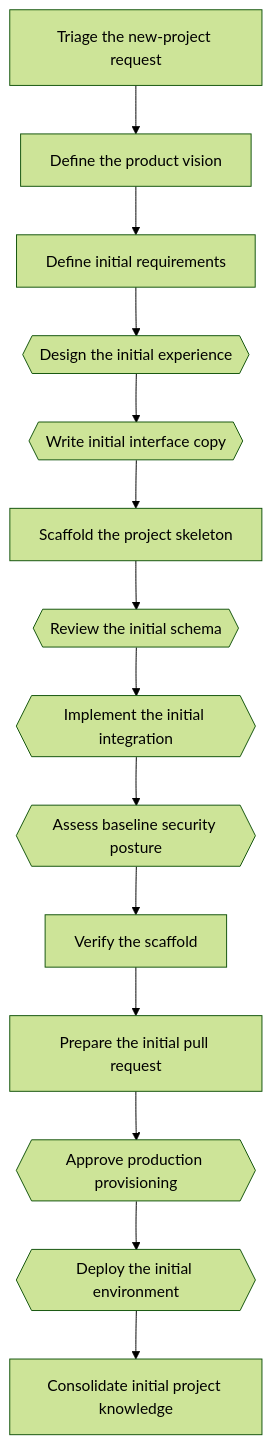
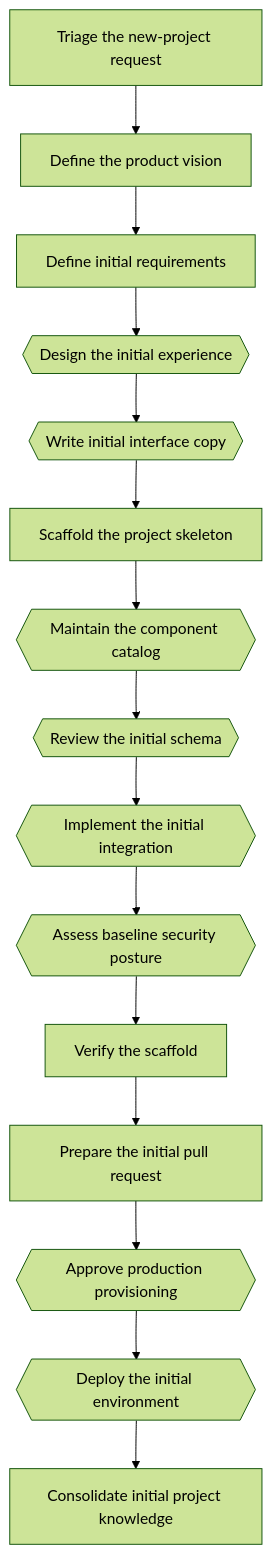
Before and after one commit to xavitoro/guild: the diagram in .guild/core/workflows/create-new-project/workflow.md, drawn with Mermaid (forest theme). The commit also changed other lines of this file and 12 other files, not shown here.

First line of the commit message:
feat: add component-catalog skill and workflow steps for Ranger

````diff
--- a/.guild/core/workflows/create-new-project/workflow.md
+++ b/.guild/core/workflows/create-new-project/workflow.md
@@ -17,30 +17,32 @@
 ```mermaid
 flowchart TD
     new-project-01-triage["Triage the new-project request"]
     new-project-02-define-vision["Define the product vision"]
     new-project-03-define-requirements["Define initial requirements"]
     new-project-04-design-experience{{"Design the initial experience"}}
     new-project-05-write-copy{{"Write initial interface copy"}}
     new-project-06-scaffold-project["Scaffold the project skeleton"]
-    new-project-07-review-schema{{"Review the initial schema"}}
-    new-project-08-implement-integration{{"Implement the initial integration"}}
-    new-project-09-baseline-threat-model{{"Assess baseline security posture"}}
-    new-project-10-regression-review["Verify the scaffold"]
-    new-project-11-prepare-pull-request["Prepare the initial pull request"]
-    new-project-12-human-approval-provision{{"Approve production provisioning"}}
-    new-project-13-initial-deployment{{"Deploy the initial environment"}}
-    new-project-14-consolidate-knowledge["Consolidate initial project knowledge"]
+    new-project-07-maintain-component-catalog{{"Maintain the component catalog"}}
+    new-project-08-review-schema{{"Review the initial schema"}}
+    new-project-09-implement-integration{{"Implement the initial integration"}}
+    new-project-10-baseline-threat-model{{"Assess baseline security posture"}}
+    new-project-11-regression-review["Verify the scaffold"]
+    new-project-12-prepare-pull-request["Prepare the initial pull request"]
+    new-project-13-human-approval-provision{{"Approve production provisioning"}}
+    new-project-14-initial-deployment{{"Deploy the initial environment"}}
+    new-project-15-consolidate-knowledge["Consolidate initial project knowledge"]
     new-project-01-triage --> new-project-02-define-vision
     new-project-02-define-vision --> new-project-03-define-requirements
     new-project-03-define-requirements --> new-project-04-design-experience
     new-project-04-design-experience --> new-project-05-write-copy
     new-project-05-write-copy --> new-project-06-scaffold-project
-    new-project-06-scaffold-project --> new-project-07-review-schema
-    new-project-07-review-schema --> new-project-08-implement-integration
-    new-project-08-implement-integration --> new-project-09-baseline-threat-model
-    new-project-09-baseline-threat-model --> new-project-10-regression-review
-    new-project-10-regression-review --> new-project-11-prepare-pull-request
-    new-project-11-prepare-pull-request --> new-project-12-human-approval-provision
-    new-project-12-human-approval-provision --> new-project-13-initial-deployment
-    new-project-13-initial-deployment --> new-project-14-consolidate-knowledge
+    new-project-06-scaffold-project --> new-project-07-maintain-component-catalog
+    new-project-07-maintain-component-catalog --> new-project-08-review-schema
+    new-project-08-review-schema --> new-project-09-implement-integration
+    new-project-09-implement-integration --> new-project-10-baseline-threat-model
+    new-project-10-baseline-threat-model --> new-project-11-regression-review
+    new-project-11-regression-review --> new-project-12-prepare-pull-request
+    new-project-12-prepare-pull-request --> new-project-13-human-approval-provision
+    new-project-13-human-approval-provision --> new-project-14-initial-deployment
+    new-project-14-initial-deployment --> new-project-15-consolidate-knowledge
 ```
````
